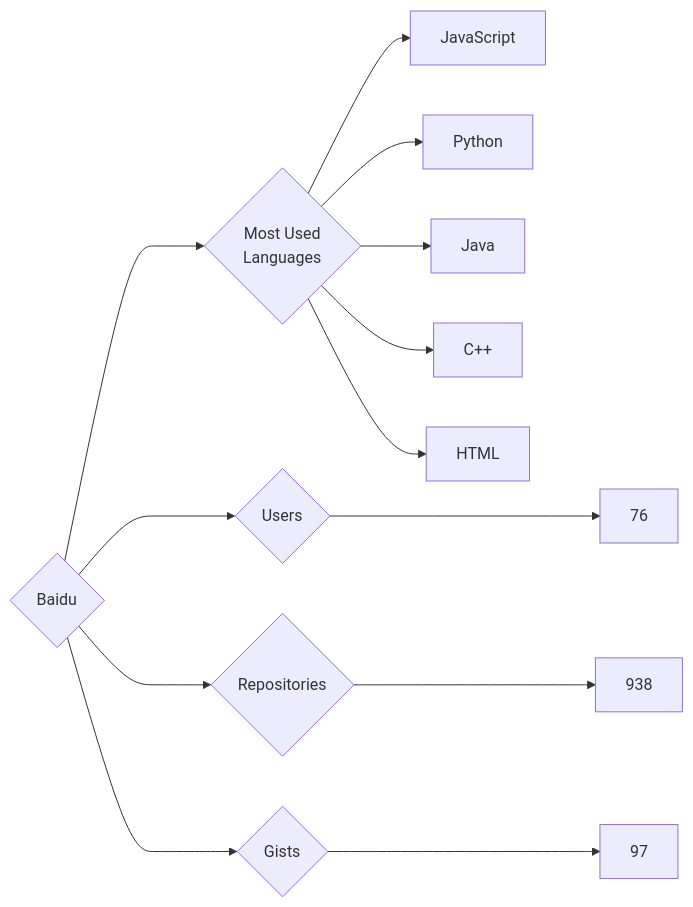
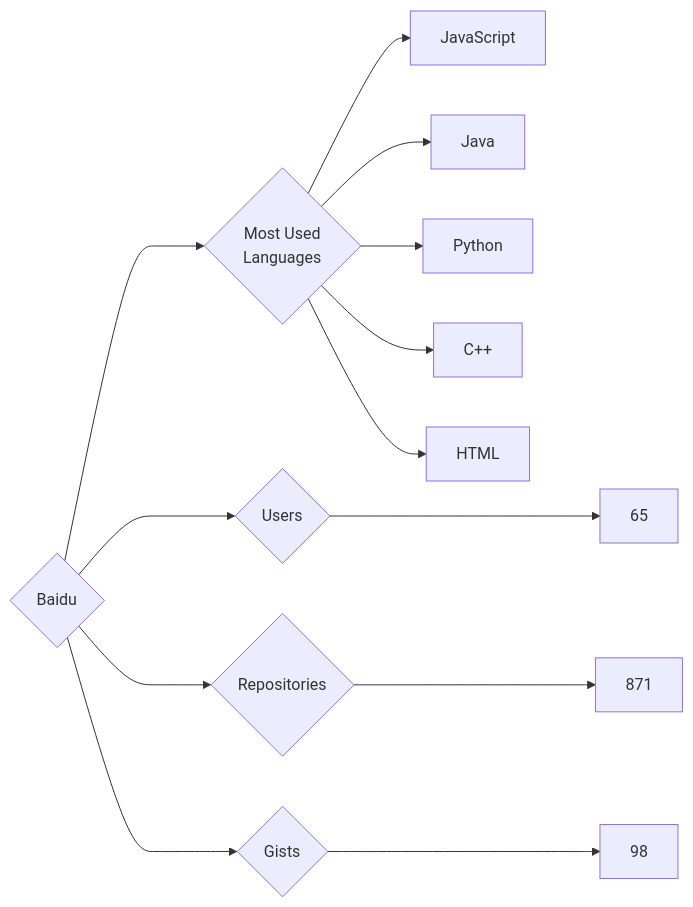
The diagram in targets/Baidu/README.md (trickest/insiders), drawn with Mermaid before and after one commit. The commit also changed 745 other files, not shown here.

````diff
--- a/targets/Baidu/README.md
+++ b/targets/Baidu/README.md
@@ -3,13 +3,13 @@
 ```mermaid
 graph LR
 COMPANY_NAME{Baidu}
-COMPANY_NAME ---> U{Users} ---> UN[76]
-COMPANY_NAME ---> R{Repositories} ---> RN[938]
-COMPANY_NAME ---> G{Gists} ---> GN[97]
+COMPANY_NAME ---> U{Users} ---> UN[65]
+COMPANY_NAME ---> R{Repositories} ---> RN[871]
+COMPANY_NAME ---> G{Gists} ---> GN[98]
 COMPANY_NAME ---> ML{Most Used<br>Languages}
 ML --> JavaScript[JavaScript]
+ML --> Java[Java]
 ML --> Python[Python]
-ML --> Java[Java]
 ML --> C++[C++]
 ML --> HTML[HTML]
 ```
````
